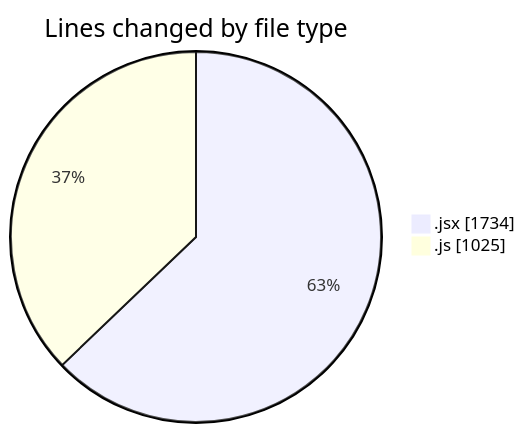
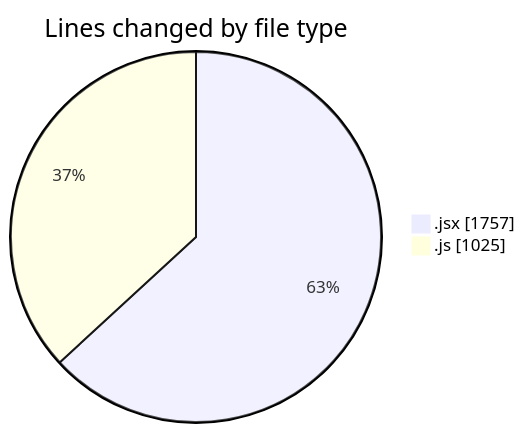
Before and after one commit to nxtqubesakshisongat/code-tracking: the first of 2 diagrams in 2025-08-04/nxtqube_webapp/README.md, drawn with Mermaid. The commit also changed other lines of this file and 1 other file, not shown here.

````diff
--- a/2025-08-04/nxtqube_webapp/README.md
+++ b/2025-08-04/nxtqube_webapp/README.md
@@ -25,6 +25,6 @@
 ```mermaid
 pie showData
 title Lines changed by file type
-".jsx" : 1734
+".jsx" : 1757
 ".js" : 1025
 ```
````
